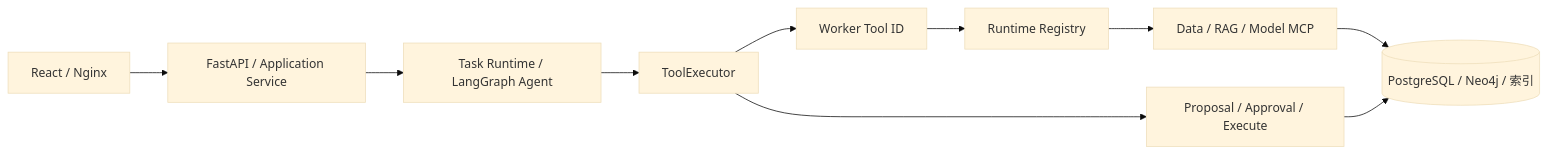
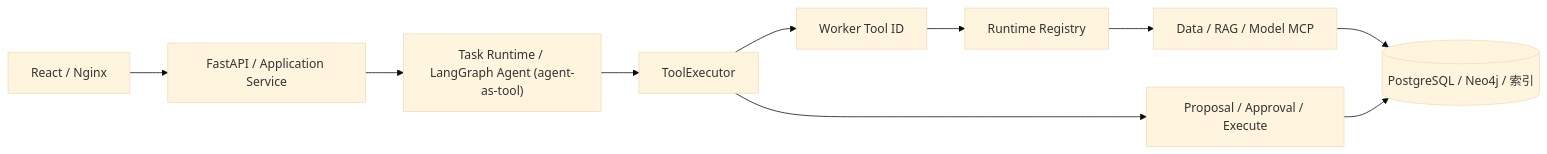
The first of 3 diagrams in README.md (lxh-boop/stock-agent-platform), drawn with Mermaid (base theme) before and after one commit. The commit also changed other lines of this file and 20 other files, not shown here.

First line of the commit message:
refactor!: 删除多 Agent 编排层，改为单主 Agent（agent-as-tool）模式

````diff
--- a/README.md
+++ b/README.md
@@ -32,12 +32,12 @@
 ```mermaid
 flowchart LR
     A["React / Nginx"] --> B["FastAPI / Application Service"]
-    B --> C["Task Runtime / LangGraph Agent"]
+    B --> C["Task Runtime / LangGraph Agent (agent-as-tool)"]
     C --> D["ToolExecutor"]
     D --> E["Worker Tool ID"]
     E --> F["Runtime Registry"]
     F --> G["Data / RAG / Model MCP"]
     G --> H[("PostgreSQL / Neo4j / 索引")]
     D --> I["Proposal / Approval / Execute"]
     I --> H
 ```
````
